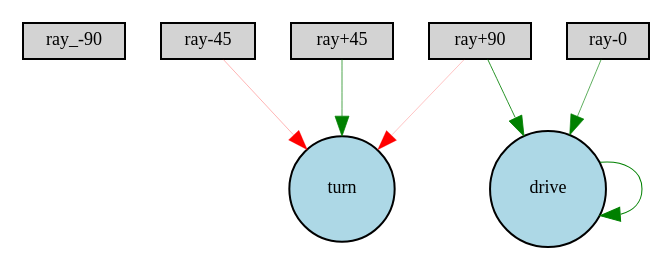
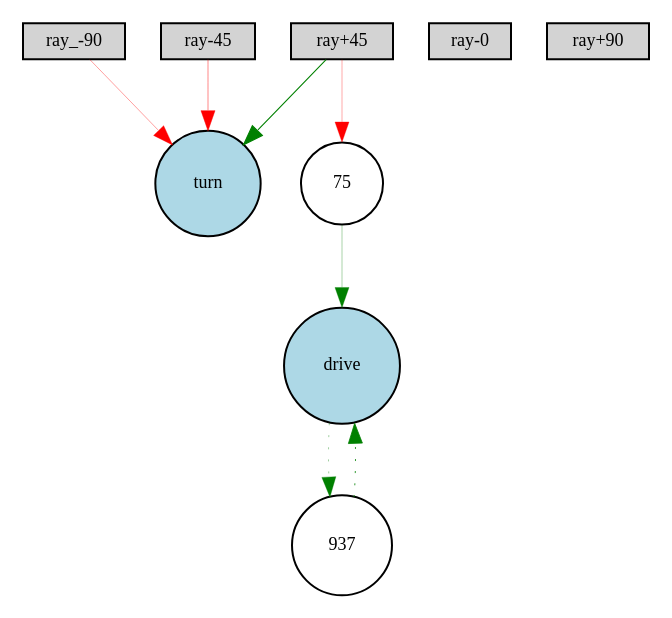
One commit to JackLowry/Boost changed the diagram in Digraph.gv. Above: the diagram before and after it, drawn with Graphviz. The commit also changed 2 other files, not shown here.

```diff
--- a/Digraph.gv
+++ b/Digraph.gv
@@ -1,16 +1,19 @@
 digraph {
 	node [fontsize=9 height=0.2 shape=circle width=0.2]
 	"ray_-90" [fillcolor=lightgray shape=box style=filled]
 	"ray-45" [fillcolor=lightgray shape=box style=filled]
 	"ray-0" [fillcolor=lightgray shape=box style=filled]
 	"ray+45" [fillcolor=lightgray shape=box style=filled]
 	"ray+90" [fillcolor=lightgray shape=box style=filled]
 	drive [fillcolor=lightblue style=filled]
 	turn [fillcolor=lightblue style=filled]
-	"ray+45" -> turn [color=green penwidth=0.35071437238032277 style=solid]
-	"ray-0" -> drive [color=green penwidth=0.3204236174725193 style=solid]
-	"ray-45" -> turn [color=red penwidth=0.1468014607204133 style=solid]
-	"ray+90" -> turn [color=red penwidth=0.11671992512460544 style=solid]
-	"ray+90" -> drive [color=green penwidth=0.4194762878892856 style=solid]
-	drive -> drive [color=green penwidth=0.5193178155368597 style=solid]
+	75 [fillcolor=white style=filled]
+	937 [fillcolor=white style=filled]
+	"ray_-90" -> turn [color=red penwidth=0.1929324486913262 style=solid]
+	"ray+45" -> turn [color=green penwidth=0.5375258832265019 style=solid]
+	75 -> drive [color=green penwidth=0.1682901622119507 style=solid]
+	"ray-45" -> turn [color=red penwidth=0.23995686136352404 style=solid]
+	"ray+45" -> 75 [color=red penwidth=0.16538489219811908 style=solid]
+	drive -> 937 [color=green penwidth=0.18695857693593065 style=dotted]
+	937 -> drive [color=green penwidth=0.3973951963695478 style=dotted]
 }
```
